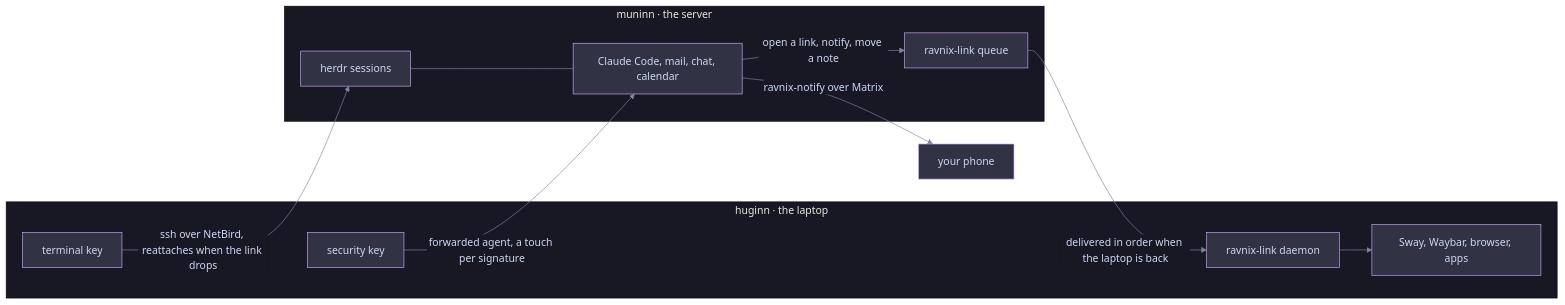
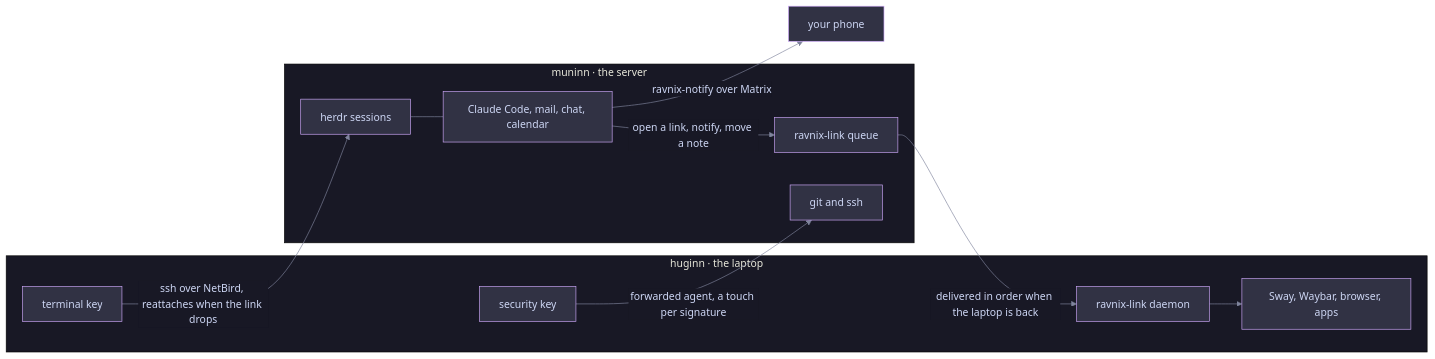
Before and after one commit to nemesis398/ravnix: the diagram in README.md, drawn with Mermaid. The commit also changed other lines of this file and 1 other file, not shown here.

````diff
--- a/README.md
+++ b/README.md
@@ -49,23 +49,24 @@
 ```mermaid
 %%{init: {"theme": "base", "themeVariables": {"background": "#1e1e2e", "primaryColor": "#313244", "primaryTextColor": "#cdd6f4", "primaryBorderColor": "#cba6f7", "lineColor": "#7f849c", "secondaryColor": "#181825", "tertiaryColor": "#181825", "fontFamily": "JetBrainsMono Nerd Font, ui-monospace, monospace"}}}%%
 flowchart LR
   subgraph huginn["huginn · the laptop"]
     desktop["Sway, Waybar, browser, apps"]
     term["terminal key"]
     linkd["ravnix-link daemon"]
     key["security key"]
   end
   subgraph muninn["muninn · the server"]
     herdr["herdr sessions"]
     work["Claude Code, mail, chat, calendar"]
     queue["ravnix-link queue"]
+    git["git and ssh"]
   end
   phone["your phone"]
   term -- "ssh over NetBird, reattaches when the link drops" --> herdr
   herdr --- work
   work -- "open a link, notify, move a note" --> queue
   queue -- "delivered in order when the laptop is back" --> linkd
   linkd --> desktop
-  key -- "forwarded agent, a touch per signature" --> work
+  key -- "forwarded agent, a touch per signature" --> git
   work -- "ravnix-notify over Matrix" --> phone
 ```
````
